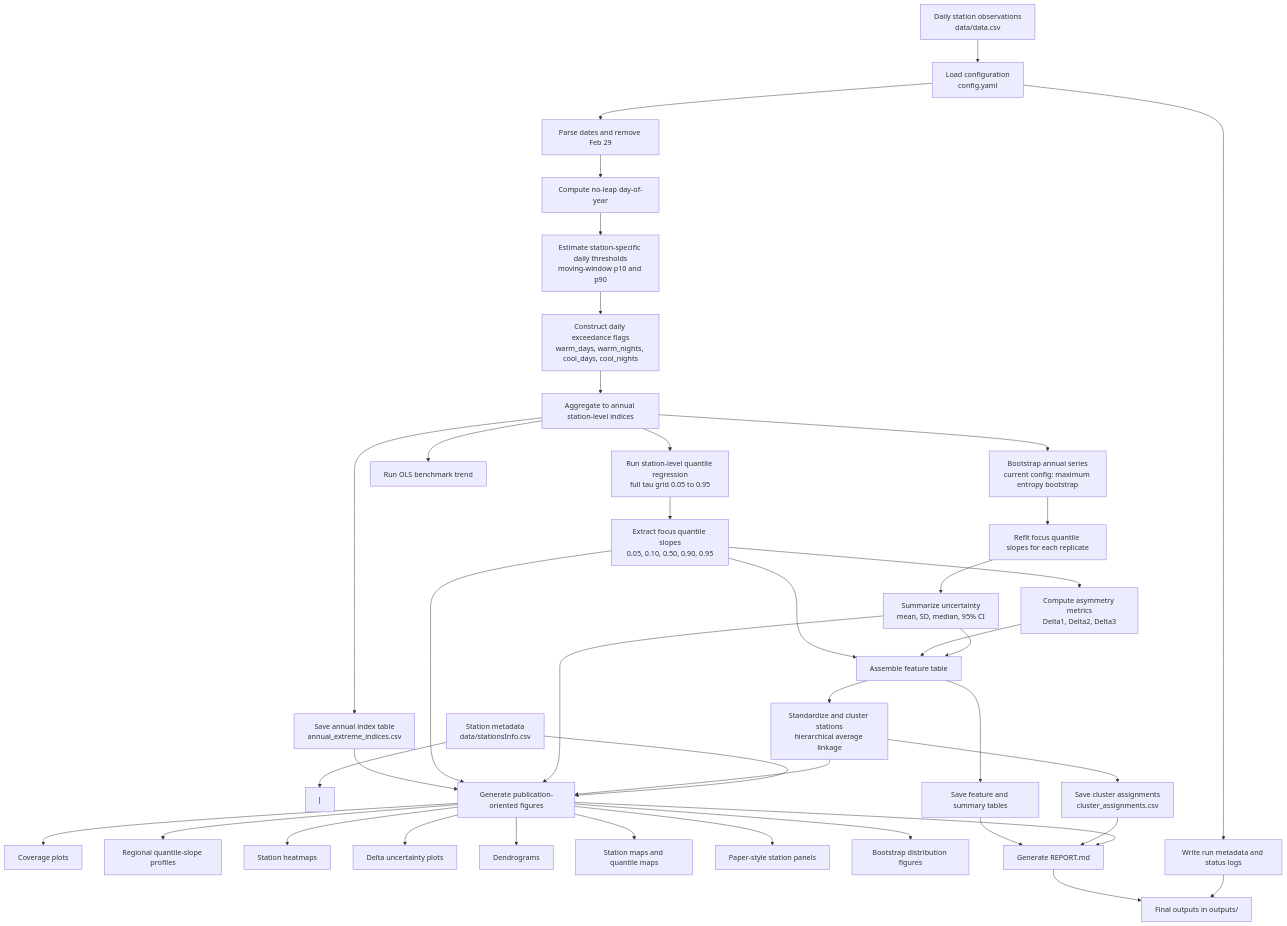
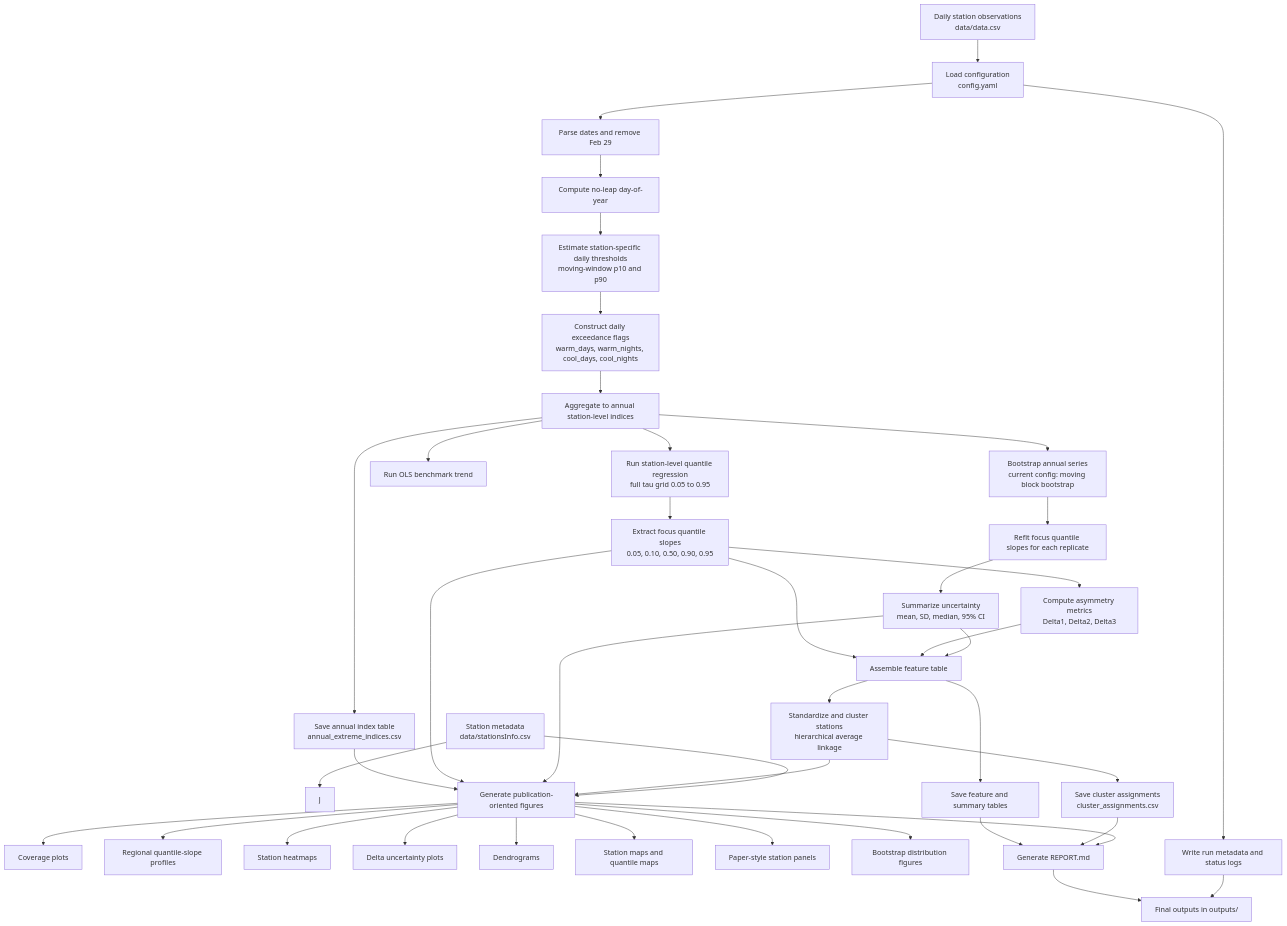
Before and after one commit to hydrocodeir/PaperBarbosaFanLiJun: the diagram in README.md, drawn with Mermaid. The commit also changed other lines of this file and 5 other files, not shown here.

````diff
--- a/README.md
+++ b/README.md
@@ -32,50 +32,50 @@
 ```mermaid
 flowchart TD
     A[Daily station observations<br/>data/data.csv] --> B[Load configuration<br/>config.yaml]
     C[Station metadata<br/>data/stationsInfo.csv] --> J
     B --> D[Parse dates and remove Feb 29]
     D --> E[Compute no-leap day-of-year]
     E --> F[Estimate station-specific daily thresholds<br/>moving-window p10 and p90]
     F --> G[Construct daily exceedance flags<br/>warm_days, warm_nights, cool_days, cool_nights]
     G --> H[Aggregate to annual station-level indices]
     H --> I[Save annual index table<br/>annual_extreme_indices.csv]
 
     H --> K[Run station-level quantile regression<br/>full tau grid 0.05 to 0.95]
     H --> L[Run OLS benchmark trend]
     K --> M[Extract focus quantile slopes<br/>0.05, 0.10, 0.50, 0.90, 0.95]
     M --> N[Compute asymmetry metrics<br/>Delta1, Delta2, Delta3]
 
-    H --> O[Bootstrap annual series<br/>current config: maximum entropy bootstrap]
+    H --> O[Bootstrap annual series<br/>current config: moving block bootstrap]
     O --> P[Refit focus quantile slopes for each replicate]
     P --> Q[Summarize uncertainty<br/>mean, SD, median, 95% CI]
 
     M --> R[Assemble feature table]
     N --> R
     Q --> R
     R --> S[Standardize and cluster stations<br/>hierarchical average linkage]
     S --> T[Save cluster assignments<br/>cluster_assignments.csv]
     R --> U[Save feature and summary tables]
 
     I --> V[Generate publication-oriented figures]
     M --> V
     Q --> V
     S --> V
     C --> V
 
     V --> W[Coverage plots]
     V --> X[Regional quantile-slope profiles]
     V --> Y[Station heatmaps]
     V --> Z[Delta uncertainty plots]
     V --> AA[Dendrograms]
     V --> AB[Station maps and quantile maps]
     V --> AC[Paper-style station panels]
     V --> AD[Bootstrap distribution figures]
 
     U --> AE[Generate REPORT.md]
     T --> AE
     V --> AE
 
     B --> AF[Write run metadata and status logs]
     AE --> AG[Final outputs in outputs/]
     AF --> AG
 ```
````
